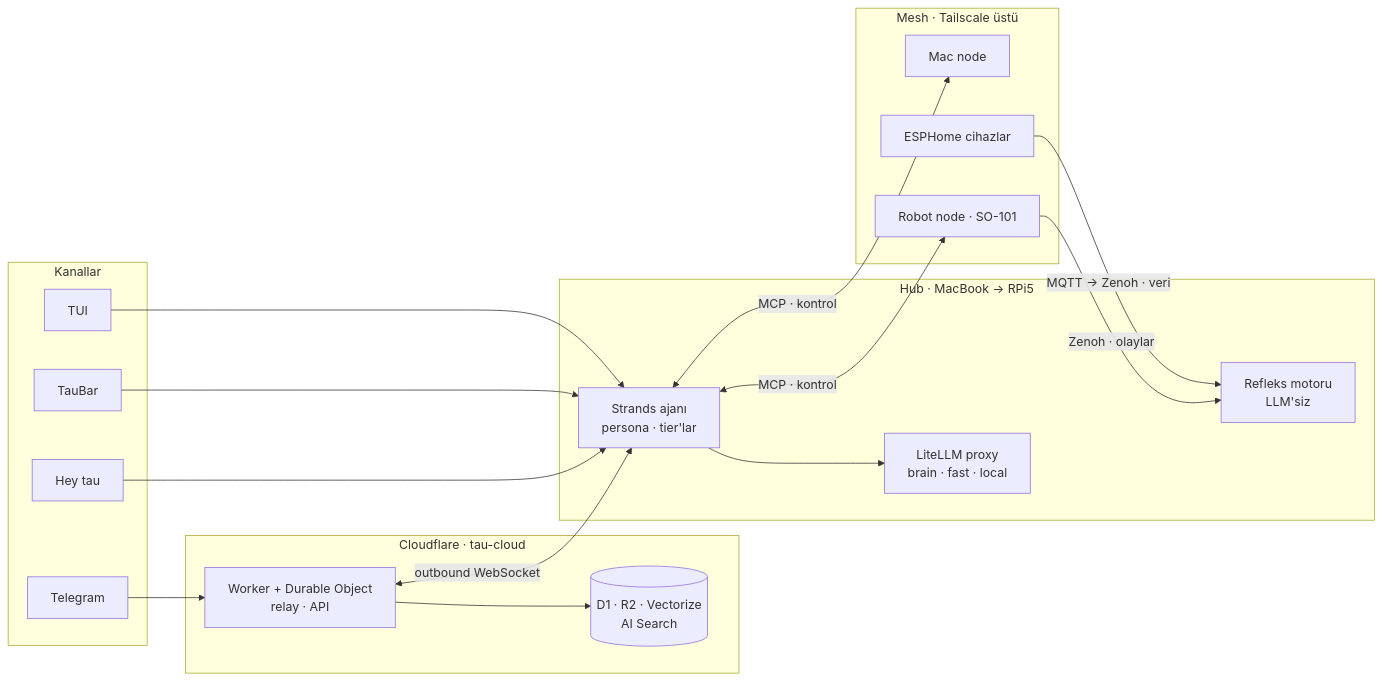
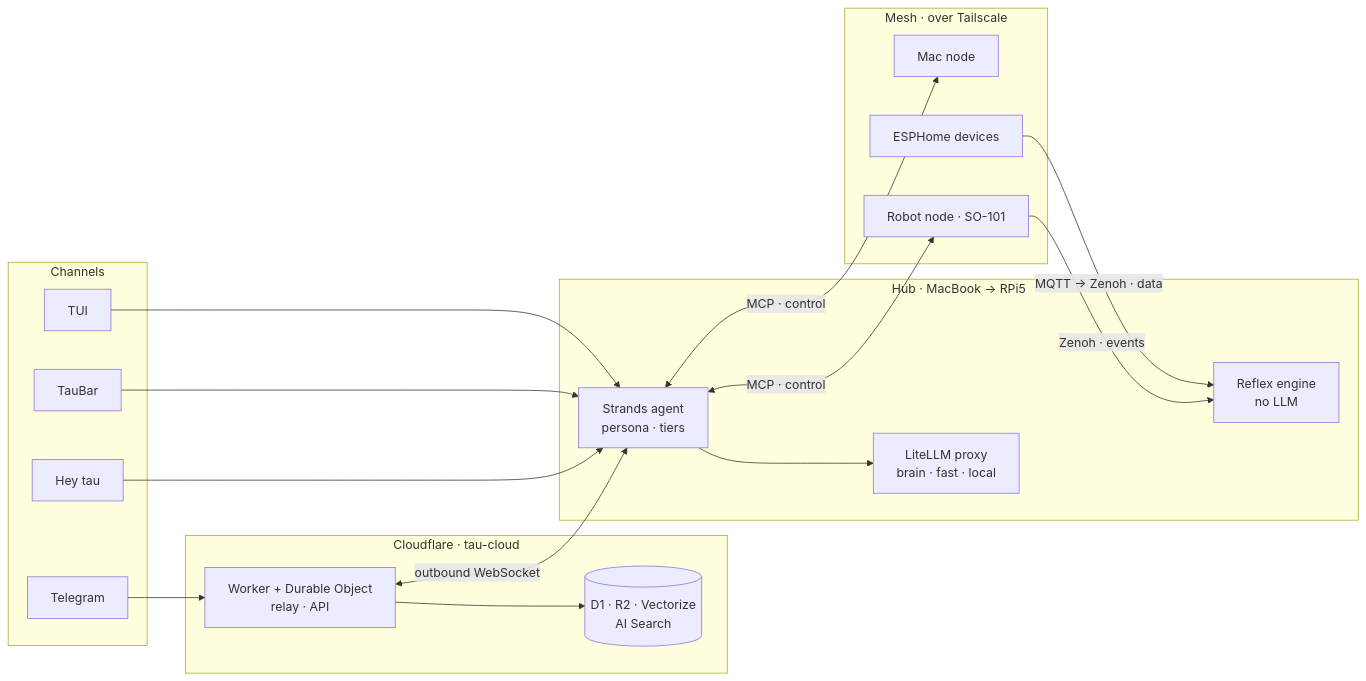
The diagram in README.md (fport/tau), drawn with Mermaid before and after one commit. The commit also changed other lines of this file and 19 other files, not shown here.

First line of the commit message:
docs: translate the README, architecture and remote-access docs to English

````diff
--- a/README.md
+++ b/README.md
@@ -40,38 +40,38 @@
 ```mermaid
 flowchart LR
-  subgraph channels["Kanallar"]
+  subgraph channels["Channels"]
     tg["Telegram"]
     tui["TUI"]
     bar["TauBar"]
     voice["Hey tau"]
   end
 
   subgraph cloud["Cloudflare · tau-cloud"]
     worker["Worker + Durable Object<br/>relay · API"]
     state[("D1 · R2 · Vectorize<br/>AI Search")]
   end
 
   subgraph hub["Hub · MacBook → RPi5"]
-    agent["Strands ajanı<br/>persona · tier'lar"]
-    reflex["Refleks motoru<br/>LLM'siz"]
+    agent["Strands agent<br/>persona · tiers"]
+    reflex["Reflex engine<br/>no LLM"]
     proxy["LiteLLM proxy<br/>brain · fast · local"]
   end
 
-  subgraph mesh["Mesh · Tailscale üstü"]
+  subgraph mesh["Mesh · over Tailscale"]
     macnode["Mac node"]
     robot["Robot node · SO-101"]
-    esp["ESPHome cihazlar"]
+    esp["ESPHome devices"]
   end
 
   tg --> worker
   worker <-->|"outbound WebSocket"| agent
   worker --> state
   tui --> agent
   bar --> agent
   voice --> agent
   agent --> proxy
-  agent <-->|"MCP · kontrol"| macnode
-  agent <-->|"MCP · kontrol"| robot
-  esp -->|"MQTT → Zenoh · veri"| reflex
-  robot -->|"Zenoh · olaylar"| reflex
+  agent <-->|"MCP · control"| macnode
+  agent <-->|"MCP · control"| robot
+  esp -->|"MQTT → Zenoh · data"| reflex
+  robot -->|"Zenoh · events"| reflex
 ```
````
